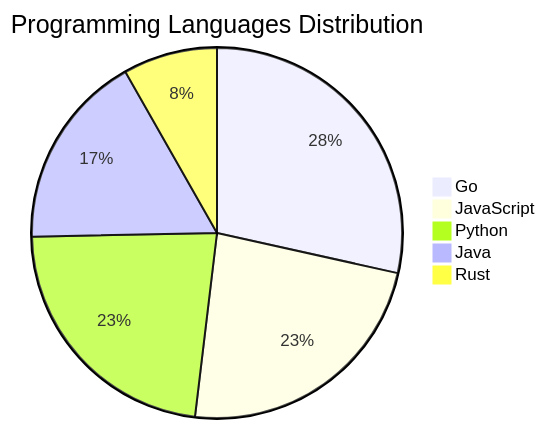
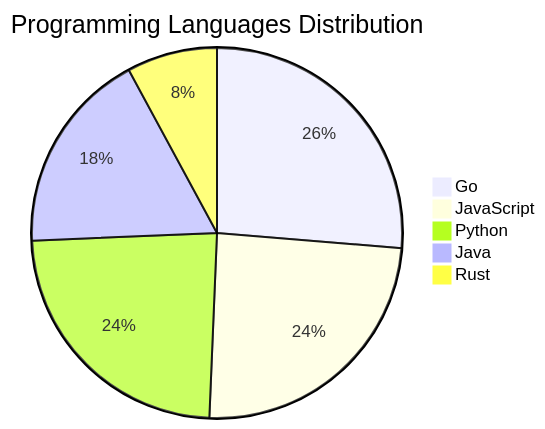
Before and after one commit to Derrick-MUGISHA/github-activity-bot: the diagram in README.md, drawn with Mermaid. The commit also changed other lines of this file and 4 other files, not shown here.

````diff
--- a/README.md
+++ b/README.md
@@ -207,8 +207,8 @@
 ```mermaid
 pie title Programming Languages Distribution
-    "Go" : 45
+    "Go" : 40
     "JavaScript" : 37
     "Python" : 36
     "Java" : 27
-    "Rust" : 13
+    "Rust" : 12
 ```
````
